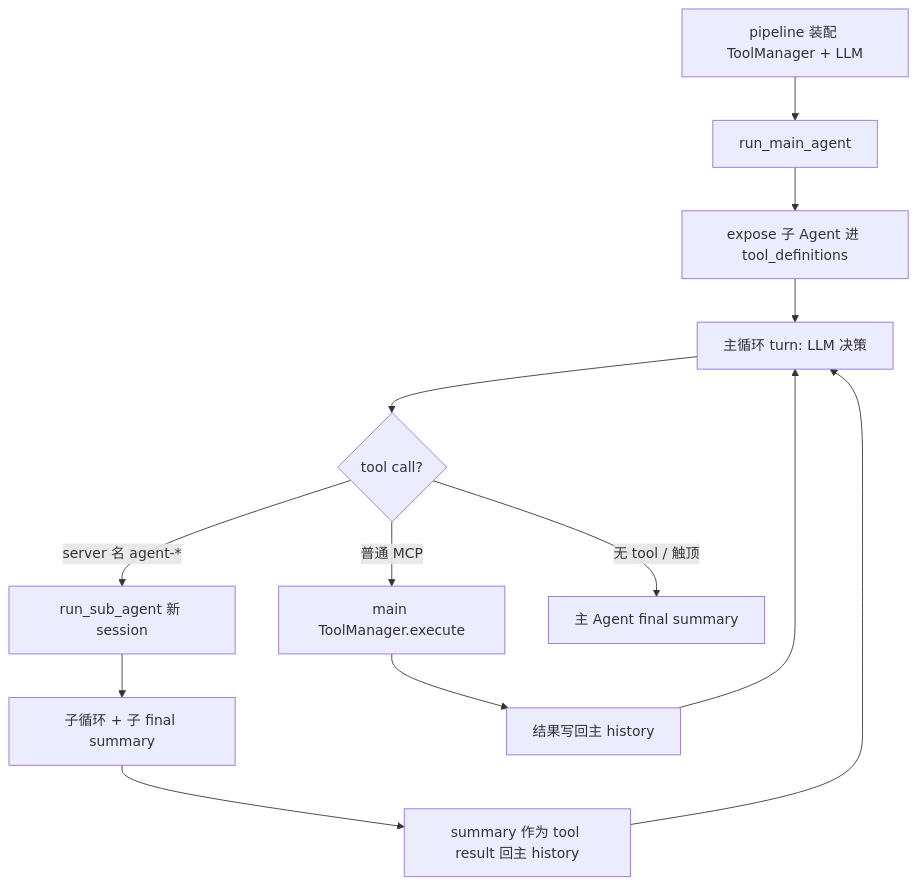
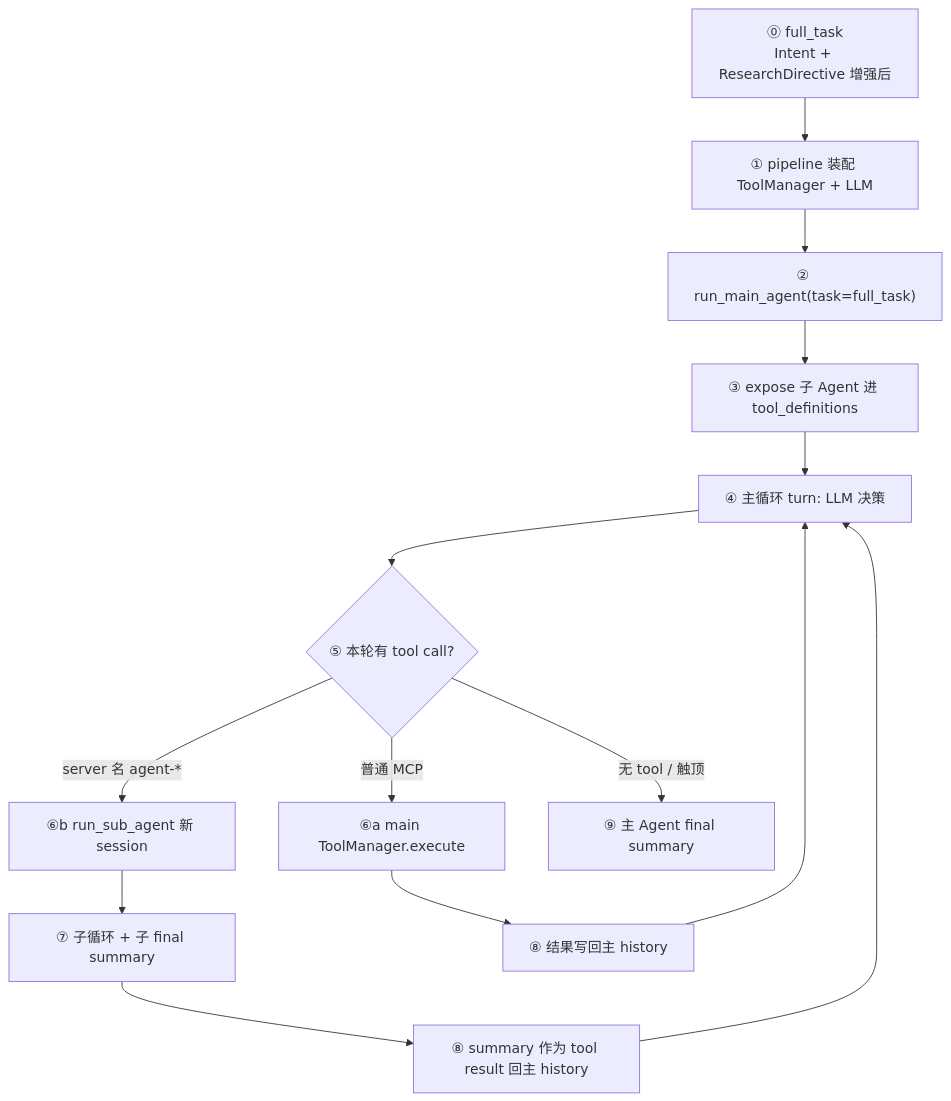
One commit to Code-Eat-Rabbit/supersonic changed the first of 2 diagrams in docs/resume/interview/深度研究/03-Main-Sub-Agent编排.md. Above: the diagram before and after it, drawn with Mermaid. The commit also changed other lines of this file and 1 other file, not shown here.

Commit message:
docs: point Main-Sub budget/concurrency sections to engineering deep-dive

````diff
--- a/docs/resume/interview/深度研究/03-Main-Sub-Agent编排.md
+++ b/docs/resume/interview/深度研究/03-Main-Sub-Agent编排.md
@@ -48,15 +135,16 @@
 ```mermaid
 flowchart TD
-  A[pipeline 装配 ToolManager + LLM] --> B[run_main_agent]
-  B --> C[expose 子 Agent 进 tool_definitions]
-  C --> D[主循环 turn: LLM 决策]
-  D --> E{tool call?}
-  E -->|普通 MCP| F[main ToolManager.execute]
-  E -->|server 名 agent-*| G[run_sub_agent 新 session]
-  G --> H[子循环 + 子 final summary]
-  H --> I[summary 作为 tool result 回主 history]
-  F --> J[结果写回主 history]
+  U["⓪ full_task<br/>Intent + ResearchDirective 增强后"] --> A["① pipeline 装配 ToolManager + LLM"]
+  A --> B["② run_main_agent(task=full_task)"]
+  B --> C["③ expose 子 Agent 进 tool_definitions"]
+  C --> D["④ 主循环 turn: LLM 决策"]
+  D --> E{"⑤ 本轮有 tool call?"}
+  E -->|普通 MCP| F["⑥a main ToolManager.execute"]
+  E -->|server 名 agent-*| G["⑥b run_sub_agent 新 session"]
+  G --> H["⑦ 子循环 + 子 final summary"]
+  H --> I["⑧ summary 作为 tool result 回主 history"]
+  F --> J["⑧ 结果写回主 history"]
   I --> D
   J --> D
-  E -->|无 tool / 触顶| K[主 Agent final summary]
+  E -->|无 tool / 触顶| K["⑨ 主 Agent final summary"]
 ```
````
